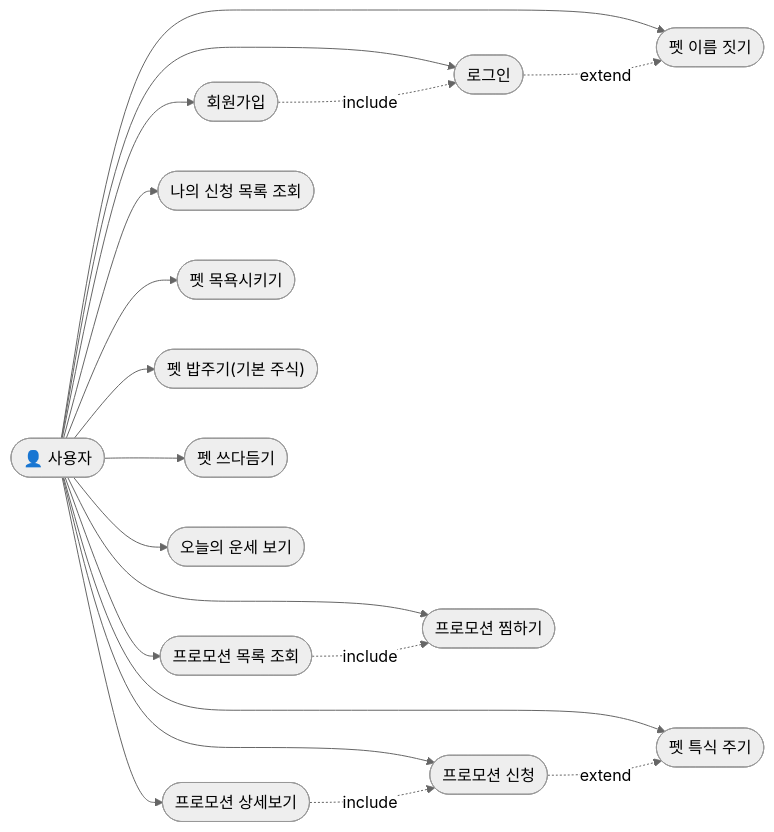
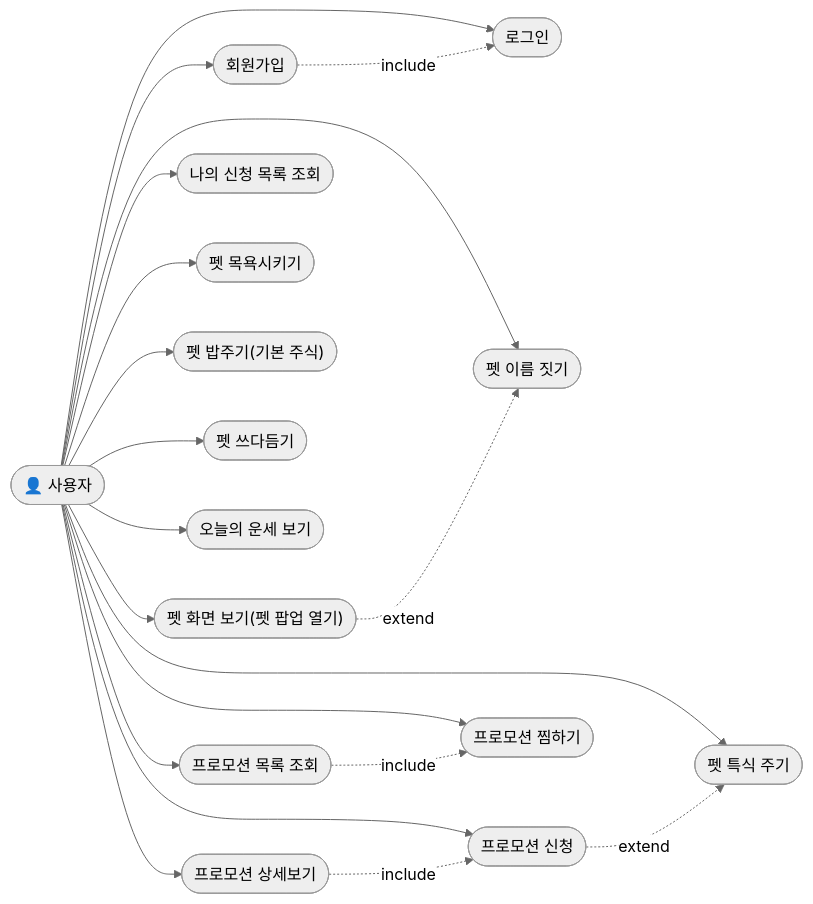
The diagram in docs/4-use-case-diagram.md (chaeuk-60/b2b-promo), drawn with Mermaid (neutral theme) before and after one commit. The commit also changed other lines of this file and 3 other files, not shown here.

````diff
--- a/docs/4-use-case-diagram.md
+++ b/docs/4-use-case-diagram.md
@@ -5,24 +5,25 @@
 ```mermaid
 flowchart LR
   actor(["👤 사용자"])
 
   actor --> UC1(["회원가입"])
   actor --> UC2(["로그인"])
   actor --> UC2b(["펫 이름 짓기"])
   actor --> UC3(["프로모션 목록 조회"])
   actor --> UC4(["프로모션 상세보기"])
   actor --> UC5(["프로모션 신청"])
   actor --> UC6(["프로모션 찜하기"])
   actor --> UC7(["나의 신청 목록 조회"])
   actor --> UC8(["펫 목욕시키기"])
   actor --> UC9(["펫 밥주기(기본 주식)"])
   actor --> UC9b(["펫 특식 주기"])
   actor --> UC10(["펫 쓰다듬기"])
   actor --> UC11(["오늘의 운세 보기"])
+  actor --> UC12(["펫 화면 보기(펫 팝업 열기)"])
 
   UC3 -. include .-> UC6
   UC4 -. include .-> UC5
   UC5 -. extend .-> UC9b
   UC1 -. include .-> UC2
-  UC2 -. extend .-> UC2b
+  UC12 -. extend .-> UC2b
 ```
````
